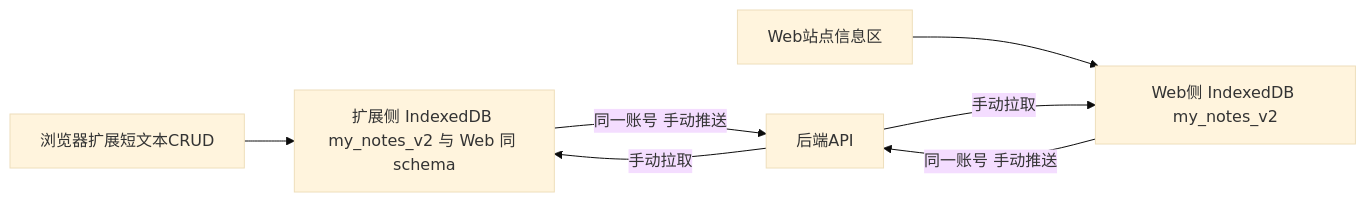
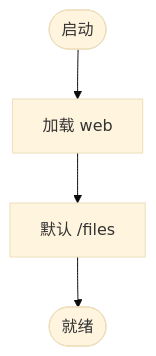
One commit to a327921510/my-notes changed the fourth of 4 diagrams in docs/用户流程图.md. Above: the diagram before and after it, drawn with Mermaid (base theme). The commit also changed other lines of this file and 14 other files, not shown here.

````diff
--- a/docs/用户流程图.md
+++ b/docs/用户流程图.md
@@ -136,9 +41,6 @@
 ```mermaid
-flowchart LR
-  A[浏览器扩展短文本CRUD] --> B[扩展侧 IndexedDB my_notes_v2 与 Web 同 schema]
-  W[Web站点信息区] --> X[Web侧 IndexedDB my_notes_v2]
-  B -->|同一账号 手动推送| C[后端API]
-  X -->|同一账号 手动推送| C
-  C -->|手动拉取| B
-  C -->|手动拉取| X
+flowchart TD
+  A([启动]) --> B[加载 web]
+  B --> C[默认 /files]
+  C --> Z([就绪])
 ```
````
